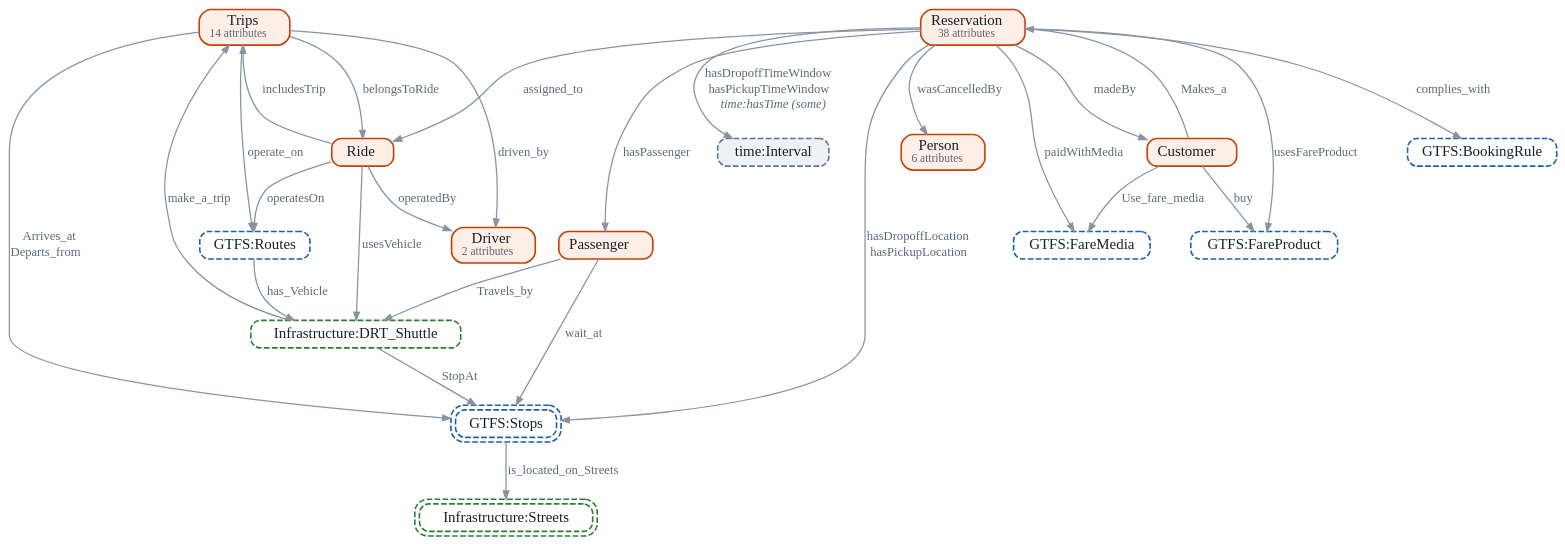
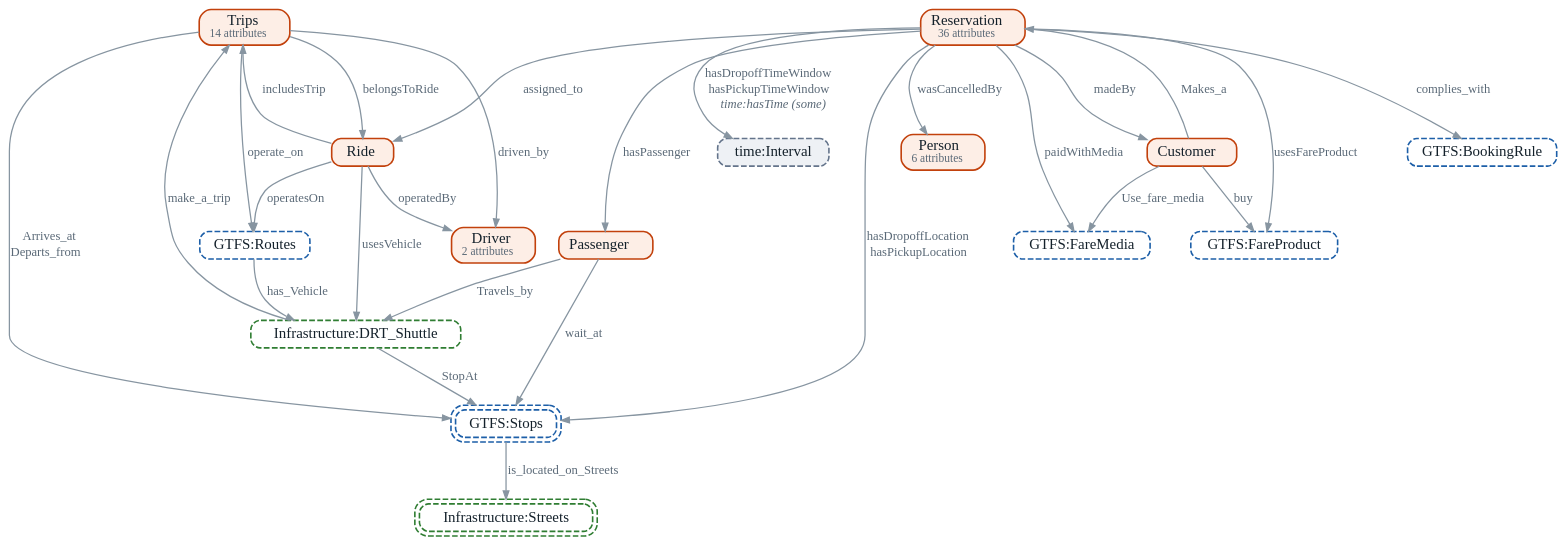
Before and after one commit to NourelhoudaElGadi/UrbanMobility-Ontology: the diagram in diagrams/drt.dot, drawn with Graphviz. The commit also changed 3 other files, not shown here.

```diff
--- a/diagrams/drt.dot
+++ b/diagrams/drt.dot
@@ -1,46 +1,46 @@
 digraph G {
 graph [rankdir=TB, bgcolor="transparent", pad="0.15", nodesep="0.28", ranksep="0.5", fontname="Overpass", splines=true, newrank=true];
 node [shape=box, style="rounded,filled", fontname="Overpass", fontsize=13, height=0.34, margin="0.12,0.05", penwidth=1.4, fontcolor="#14212b"];
 edge [fontname="Overpass", fontsize=11, color="#8795a1", fontcolor="#5a6977", arrowsize=0.7, penwidth=1.1];
 "DRT:Trips" [label=<Trips<BR/><FONT POINT-SIZE="10" COLOR="#5a6977">14 attributes</FONT>>, href="#Trips", tooltip="DRT:Trips: A passenger journey of the DRT service: the trip of one passenger from a pickup stop to a drop-off stop during a ride.…", color="#c2410c", fillcolor="#fdeee6", peripheries=1, class="own m-drt"];
 "GTFS:Stops" [label=<GTFS:Stops>, href="gtfs.html#Stops", tooltip="GTFS:Stops: A stop or a station where vehicles pick up or drop off riders. Stops of the regular network and DRT stops are both…", color="#1d5fa8", fillcolor="#ffffff", style="rounded,dashed,filled", peripheries=2, class="xmod m-gtfs feature"];
-"DRT:Reservation" [label=<Reservation<BR/><FONT POINT-SIZE="10" COLOR="#5a6977">38 attributes</FONT>>, href="#Reservation", tooltip="DRT:Reservation: A booking for the on-demand transport service, made by a customer for one or more passengers. It states the requested…", color="#c2410c", fillcolor="#fdeee6", peripheries=1, class="own m-drt"];
+"DRT:Reservation" [label=<Reservation<BR/><FONT POINT-SIZE="10" COLOR="#5a6977">36 attributes</FONT>>, href="#Reservation", tooltip="DRT:Reservation: A booking for the on-demand transport service, made by a customer for one or more passengers. It states the requested…", color="#c2410c", fillcolor="#fdeee6", peripheries=1, class="own m-drt"];
 "DRT:Ride" [label=<Ride>, href="#Ride", tooltip="DRT:Ride: A vehicle run of the DRT service. A ride is operated by one driver with one shuttle on a DRT line, and includes the…", color="#c2410c", fillcolor="#fdeee6", peripheries=1, class="own m-drt"];
 "DRT:Customer" [label=<Customer>, href="#Customer", tooltip="DRT:Customer: A person who books DRT trips. The customer makes the reservation and may travel or book for other passengers.", color="#c2410c", fillcolor="#fdeee6", peripheries=1, class="own m-drt"];
 "GTFS:FareProduct" [label=<GTFS:FareProduct>, href="gtfs.html#FareProduct", tooltip="GTFS:FareProduct: A fare product that riders can buy, such as a single ticket or a pass.", color="#1d5fa8", fillcolor="#ffffff", style="rounded,dashed,filled", peripheries=1, class="xmod m-gtfs"];
 "GTFS:BookingRule" [label=<GTFS:BookingRule>, href="gtfs.html#BookingRule", tooltip="GTFS:BookingRule: The booking rules of a service that must be booked in advance, such as on-demand transport: how, when and how far ahead…", color="#1d5fa8", fillcolor="#ffffff", style="rounded,dashed,filled", peripheries=1, class="xmod m-gtfs"];
 "DRT:Driver" [label=<Driver<BR/><FONT POINT-SIZE="10" COLOR="#5a6977">2 attributes</FONT>>, href="#Driver", tooltip="DRT:Driver: A person who drives the vehicle during a ride or, for an autonomous shuttle, supervises it.", color="#c2410c", fillcolor="#fdeee6", peripheries=1, class="own m-drt"];
 "GTFS:Routes" [label=<GTFS:Routes>, href="gtfs.html#Routes", tooltip="GTFS:Routes: A public transit line: a group of trips shown to riders as a single service.", color="#1d5fa8", fillcolor="#ffffff", style="rounded,dashed,filled", peripheries=1, class="xmod m-gtfs"];
 "Infrastructure:DRT_Shuttle" [label=<Infrastructure:DRT_Shuttle>, href="infrastructure.html#DRT_Shuttle", tooltip="Infrastructure:DRT_Shuttle: A vehicle temporarily assigned to the demand-responsive transport (DRT) service. It can stop playing this role without…", color="#2f7d32", fillcolor="#ffffff", style="rounded,dashed,filled", peripheries=1, class="xmod m-infra"];
 "time:Interval" [label=<time:Interval>, href="https://www.w3.org/TR/owl-time/#time:Interval", target="_blank", tooltip="time:Interval: A temporal entity with an extent or duration", color="#64748b", fillcolor="#eef1f5", style="rounded,dashed,filled", class="ext"];
 "DRT:Passenger" [label=<Passenger>, href="#Passenger", tooltip="DRT:Passenger: A person who travels on a DRT trip under a reservation.", color="#c2410c", fillcolor="#fdeee6", peripheries=1, class="own m-drt"];
 "Infrastructure:Streets" [label=<Infrastructure:Streets>, href="infrastructure.html#Streets", tooltip="Infrastructure:Streets: A street used by vehicles and pedestrians, made of one or more road segments.", color="#2f7d32", fillcolor="#ffffff", style="rounded,dashed,filled", peripheries=2, class="xmod m-infra feature"];
 "GTFS:FareMedia" [label=<GTFS:FareMedia>, href="gtfs.html#FareMedia", tooltip="GTFS:FareMedia: A medium that holds or validates a fare product, such as a smart card, a paper ticket or a mobile app.", color="#1d5fa8", fillcolor="#ffffff", style="rounded,dashed,filled", peripheries=1, class="xmod m-gtfs"];
 "DRT:Person" [label=<Person<BR/><FONT POINT-SIZE="10" COLOR="#5a6977">6 attributes</FONT>>, href="#Person", tooltip="DRT:Person: A person involved in the DRT service: a customer, a passenger, a driver or an administrator.", color="#c2410c", fillcolor="#fdeee6", peripheries=1, class="own m-drt"];
 "DRT:Trips" -> "GTFS:Stops" [label=<<TABLE BORDER="0" CELLBORDER="0" CELLSPACING="0" CELLPADDING="1"><TR><TD HREF="#Arrives_at" TOOLTIP="DRT:Arrives_at: Links a DRT trip to the stop where the passenger is dropped off.">Arrives_at</TD></TR><TR><TD HREF="#Departs_from" TOOLTIP="DRT:Departs_from: Links a DRT trip to the stop where the passenger is picked up.">Departs_from</TD></TR></TABLE>>, class="op"];
 "DRT:Reservation" -> "DRT:Ride" [label=<<TABLE BORDER="0" CELLBORDER="0" CELLSPACING="0" CELLPADDING="1"><TR><TD HREF="#assigned_to" TOOLTIP="DRT:assigned_to: Links a reservation to the ride (vehicle run) to which it is assigned.">assigned_to</TD></TR></TABLE>>, class="op"];
 "DRT:Trips" -> "DRT:Ride" [label=<<TABLE BORDER="0" CELLBORDER="0" CELLSPACING="0" CELLPADDING="1"><TR><TD HREF="#belongsToRide" TOOLTIP="DRT:belongsToRide: Links a DRT trip to the ride during which it is performed.">belongsToRide</TD></TR></TABLE>>, class="op"];
 "DRT:Customer" -> "GTFS:FareProduct" [label=<<TABLE BORDER="0" CELLBORDER="0" CELLSPACING="0" CELLPADDING="1"><TR><TD HREF="#buy" TOOLTIP="DRT:buy: Links a customer to a fare product that he or she buys.">buy</TD></TR></TABLE>>, class="op"];
 "DRT:Reservation" -> "GTFS:BookingRule" [label=<<TABLE BORDER="0" CELLBORDER="0" CELLSPACING="0" CELLPADDING="1"><TR><TD HREF="#complies_with" TOOLTIP="DRT:complies_with: Links a reservation to a booking rule that it must comply with, for example a minimum…">complies_with</TD></TR></TABLE>>, class="op"];
 "DRT:Trips" -> "DRT:Driver" [label=<<TABLE BORDER="0" CELLBORDER="0" CELLSPACING="0" CELLPADDING="1"><TR><TD HREF="#driven_by" TOOLTIP="DRT:driven_by: Links a DRT trip to the driver of the vehicle that performs it.">driven_by</TD></TR></TABLE>>, class="op"];
 "GTFS:Routes" -> "Infrastructure:DRT_Shuttle" [label=<<TABLE BORDER="0" CELLBORDER="0" CELLSPACING="0" CELLPADDING="1"><TR><TD HREF="#has_Vehicle" TOOLTIP="DRT:has_Vehicle: Links a DRT line (route) to a shuttle assigned to it.">has_Vehicle</TD></TR></TABLE>>, class="op"];
 "DRT:Reservation" -> "GTFS:Stops" [label=<<TABLE BORDER="0" CELLBORDER="0" CELLSPACING="0" CELLPADDING="1"><TR><TD HREF="#hasDropoffLocation" TOOLTIP="DRT:hasDropoffLocation: Links a reservation to the requested drop-off stop.">hasDropoffLocation</TD></TR><TR><TD HREF="#hasPickupLocation" TOOLTIP="DRT:hasPickupLocation: Links a reservation to the requested pickup stop.">hasPickupLocation</TD></TR></TABLE>>, class="op"];
 "DRT:Reservation" -> "time:Interval" [label=<<TABLE BORDER="0" CELLBORDER="0" CELLSPACING="0" CELLPADDING="1"><TR><TD HREF="#hasDropoffTimeWindow" TOOLTIP="DRT:hasDropoffTimeWindow: Links a reservation to the time interval in which the passenger must be dropped off.">hasDropoffTimeWindow</TD></TR><TR><TD HREF="#hasPickupTimeWindow" TOOLTIP="DRT:hasPickupTimeWindow: Links a reservation to the time interval in which the passenger must be picked up.">hasPickupTimeWindow</TD></TR><TR><TD HREF="https://www.w3.org/TR/owl-time/#time:hasTime" TOOLTIP="restriction: time:hasTime some …"><I>time:hasTime (some)</I></TD></TR></TABLE>>, class="op has-restr"];
 "DRT:Reservation" -> "DRT:Passenger" [label=<<TABLE BORDER="0" CELLBORDER="0" CELLSPACING="0" CELLPADDING="1"><TR><TD HREF="#hasPassenger" TOOLTIP="DRT:hasPassenger: Links a reservation to a passenger who travels under it.">hasPassenger</TD></TR></TABLE>>, class="op"];
 "DRT:Ride" -> "DRT:Trips" [label=<<TABLE BORDER="0" CELLBORDER="0" CELLSPACING="0" CELLPADDING="1"><TR><TD HREF="#includesTrip" TOOLTIP="DRT:includesTrip: Links a ride to a passenger trip that it includes.">includesTrip</TD></TR></TABLE>>, class="op"];
 "GTFS:Stops" -> "Infrastructure:Streets" [label=<<TABLE BORDER="0" CELLBORDER="0" CELLSPACING="0" CELLPADDING="1"><TR><TD HREF="#is_located_on_Streets" TOOLTIP="DRT:is_located_on_Streets: Links a stop to the street on which it is located.">is_located_on_Streets</TD></TR></TABLE>>, class="op"];
 "DRT:Reservation" -> "DRT:Customer" [label=<<TABLE BORDER="0" CELLBORDER="0" CELLSPACING="0" CELLPADDING="1"><TR><TD HREF="#madeBy" TOOLTIP="DRT:madeBy: Links a reservation to the customer who made it.">madeBy</TD></TR></TABLE>>, class="op"];
 "Infrastructure:DRT_Shuttle" -> "DRT:Trips" [label=<<TABLE BORDER="0" CELLBORDER="0" CELLSPACING="0" CELLPADDING="1"><TR><TD HREF="#make_a_trip" TOOLTIP="DRT:make_a_trip: Links a DRT shuttle to a trip that it performs.">make_a_trip</TD></TR></TABLE>>, class="op"];
 "DRT:Customer" -> "DRT:Reservation" [label=<<TABLE BORDER="0" CELLBORDER="0" CELLSPACING="0" CELLPADDING="1"><TR><TD HREF="#Makes_a" TOOLTIP="DRT:Makes_a: Links a customer to a reservation that he or she makes.">Makes_a</TD></TR></TABLE>>, class="op"];
 "DRT:Trips" -> "GTFS:Routes" [label=<<TABLE BORDER="0" CELLBORDER="0" CELLSPACING="0" CELLPADDING="1"><TR><TD HREF="#operate_on" TOOLTIP="DRT:operate_on: Links a DRT trip to the DRT line (route) on which it operates.">operate_on</TD></TR></TABLE>>, class="op"];
 "DRT:Ride" -> "DRT:Driver" [label=<<TABLE BORDER="0" CELLBORDER="0" CELLSPACING="0" CELLPADDING="1"><TR><TD HREF="#operatedBy" TOOLTIP="DRT:operatedBy: Links a ride to the driver who operates it.">operatedBy</TD></TR></TABLE>>, class="op"];
 "DRT:Ride" -> "GTFS:Routes" [label=<<TABLE BORDER="0" CELLBORDER="0" CELLSPACING="0" CELLPADDING="1"><TR><TD HREF="#operatesOn" TOOLTIP="DRT:operatesOn: Links a ride to the DRT line (route) on which it operates.">operatesOn</TD></TR></TABLE>>, class="op"];
 "DRT:Reservation" -> "GTFS:FareMedia" [label=<<TABLE BORDER="0" CELLBORDER="0" CELLSPACING="0" CELLPADDING="1"><TR><TD HREF="#paidWithMedia" TOOLTIP="DRT:paidWithMedia: Links a reservation to the fare medium used to pay for it.">paidWithMedia</TD></TR></TABLE>>, class="op"];
 "Infrastructure:DRT_Shuttle" -> "GTFS:Stops" [label=<<TABLE BORDER="0" CELLBORDER="0" CELLSPACING="0" CELLPADDING="1"><TR><TD HREF="#StopAt" TOOLTIP="DRT:StopAt: Links a DRT shuttle to a stop that it serves.">StopAt</TD></TR></TABLE>>, class="op"];
 "DRT:Passenger" -> "Infrastructure:DRT_Shuttle" [label=<<TABLE BORDER="0" CELLBORDER="0" CELLSPACING="0" CELLPADDING="1"><TR><TD HREF="#Travels_by" TOOLTIP="DRT:Travels_by: Links a passenger to the DRT shuttle in which he or she travels.">Travels_by</TD></TR></TABLE>>, class="op"];
 "DRT:Customer" -> "GTFS:FareMedia" [label=<<TABLE BORDER="0" CELLBORDER="0" CELLSPACING="0" CELLPADDING="1"><TR><TD HREF="#Use_fare_media" TOOLTIP="DRT:Use_fare_media: Links a customer to a fare medium (card, ticket or app) that he or she uses.">Use_fare_media</TD></TR></TABLE>>, class="op"];
 "DRT:Reservation" -> "GTFS:FareProduct" [label=<<TABLE BORDER="0" CELLBORDER="0" CELLSPACING="0" CELLPADDING="1"><TR><TD HREF="#usesFareProduct" TOOLTIP="DRT:usesFareProduct: Links a reservation to the fare product applied to it.">usesFareProduct</TD></TR></TABLE>>, class="op"];
 "DRT:Ride" -> "Infrastructure:DRT_Shuttle" [label=<<TABLE BORDER="0" CELLBORDER="0" CELLSPACING="0" CELLPADDING="1"><TR><TD HREF="#usesVehicle" TOOLTIP="DRT:usesVehicle: Links a ride to the DRT shuttle that performs it.">usesVehicle</TD></TR></TABLE>>, class="op"];
 "DRT:Passenger" -> "GTFS:Stops" [label=<<TABLE BORDER="0" CELLBORDER="0" CELLSPACING="0" CELLPADDING="1"><TR><TD HREF="#wait_at" TOOLTIP="DRT:wait_at: Links a passenger to the stop where he or she waits to be picked up.">wait_at</TD></TR></TABLE>>, class="op"];
 "DRT:Reservation" -> "DRT:Person" [label=<<TABLE BORDER="0" CELLBORDER="0" CELLSPACING="0" CELLPADDING="1"><TR><TD HREF="#wasCancelledBy" TOOLTIP="DRT:wasCancelledBy: Links a cancelled reservation to the person who cancelled it: the customer, the driver or…">wasCancelledBy</TD></TR></TABLE>>, class="op"];
 }
```
